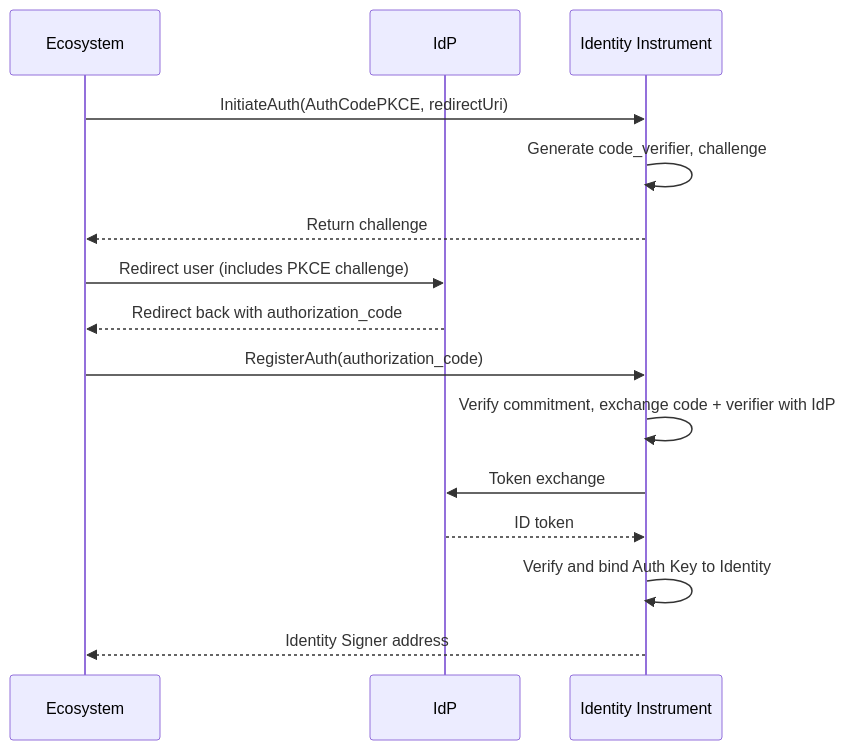
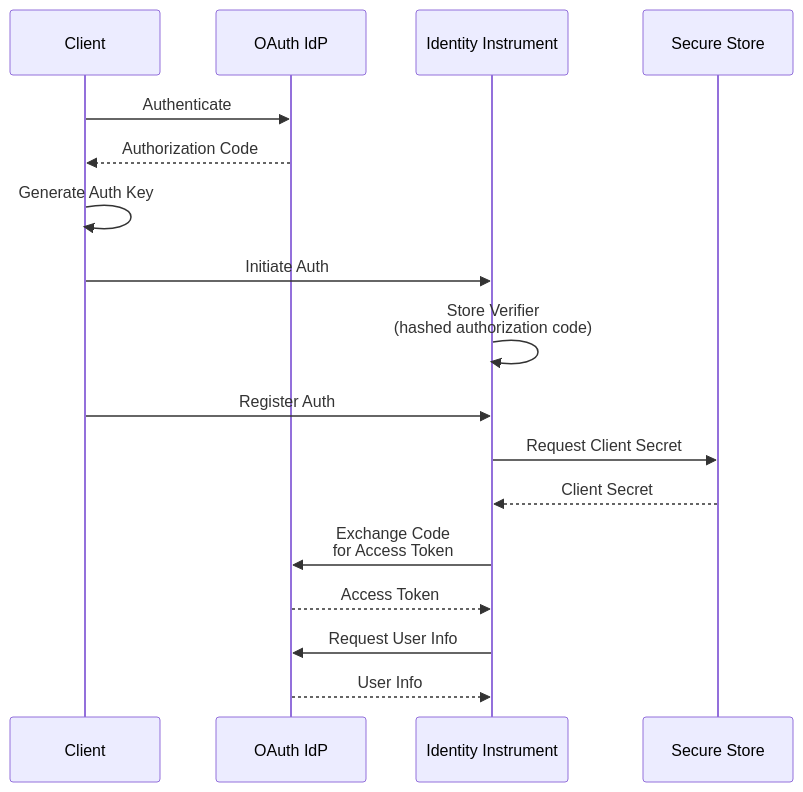
Before and after one commit to 0xsequence/docs: the second of 2 diagrams in solutions/wallets/ecosystems/identity-instrument.mdx, drawn with Mermaid. The commit also changed other lines of this file and 3 other files, not shown here.

````diff
--- a/solutions/wallets/ecosystems/identity-instrument.mdx
+++ b/solutions/wallets/ecosystems/identity-instrument.mdx
@@ -77,17 +52,20 @@
 ```mermaid
 sequenceDiagram
-  participant Client as Ecosystem
-  participant IdP
+  participant Client
+  participant OAuth IdP
   participant Nitro as Identity Instrument
-  Client->>Nitro: InitiateAuth(AuthCodePKCE, redirectUri)
-  Nitro->>Nitro: Generate code_verifier, challenge
-  Nitro-->>Client: Return challenge
-  Client->>IdP: Redirect user (includes PKCE challenge)
-  IdP-->>Client: Redirect back with authorization_code
-  Client->>Nitro: RegisterAuth(authorization_code)
-  Nitro->>Nitro: Verify commitment, exchange code + verifier with IdP
-  Nitro->>IdP: Token exchange
-  IdP-->>Nitro: ID token
-  Nitro->>Nitro: Verify and bind Auth Key to Identity
-  Nitro-->>Client: Identity Signer address
+  participant Secure Store
+
+  Client ->> OAuth IdP: Authenticate
+  OAuth IdP -->> Client: Authorization Code
+  Client ->> Client: Generate Auth Key
+  Client ->> Nitro: Initiate Auth
+  Nitro ->> Nitro: Store Verifier<br>(hashed authorization code)
+  Client ->> Nitro: Register Auth
+  Nitro ->> Secure Store: Request Client Secret
+  Secure Store -->> Nitro: Client Secret
+  Nitro ->> OAuth IdP: Exchange Code<br>for Access Token
+  OAuth IdP -->> Nitro: Access Token
+  Nitro ->> OAuth IdP: Request User Info
+  OAuth IdP -->> Nitro: User Info
 ```
````
